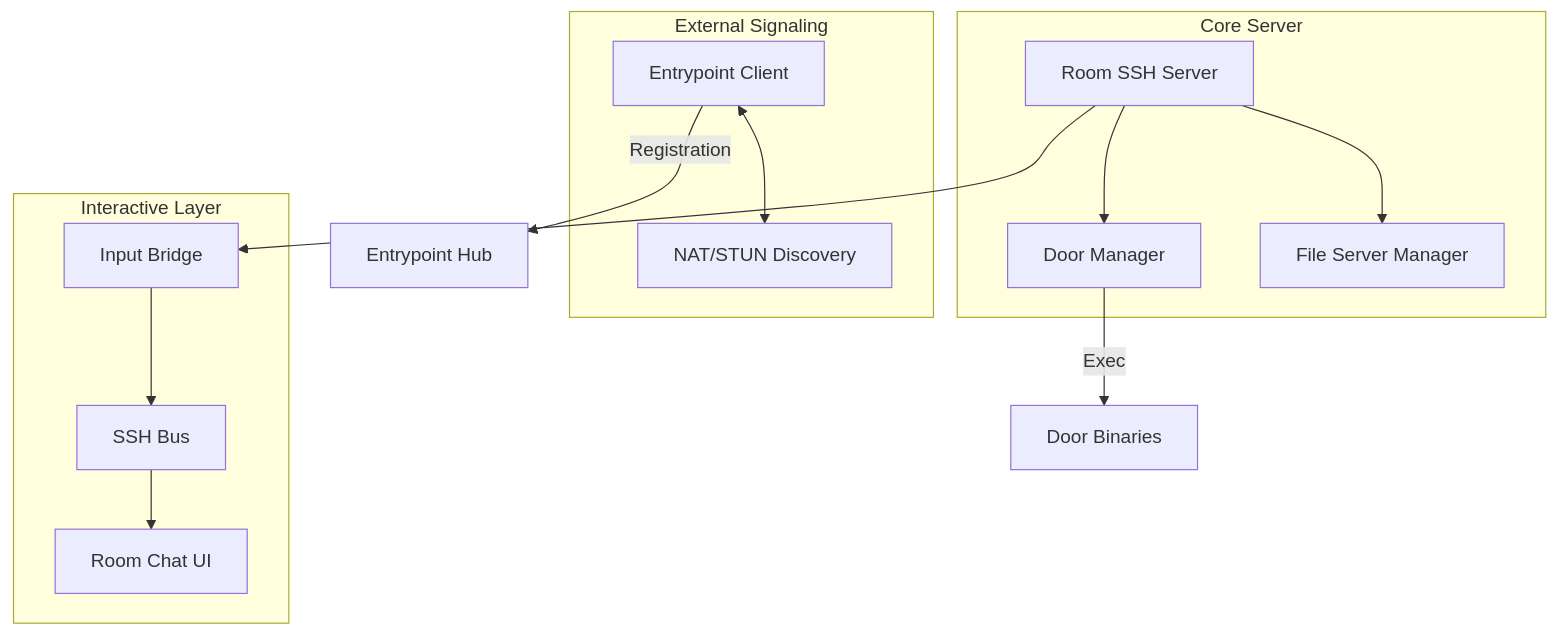
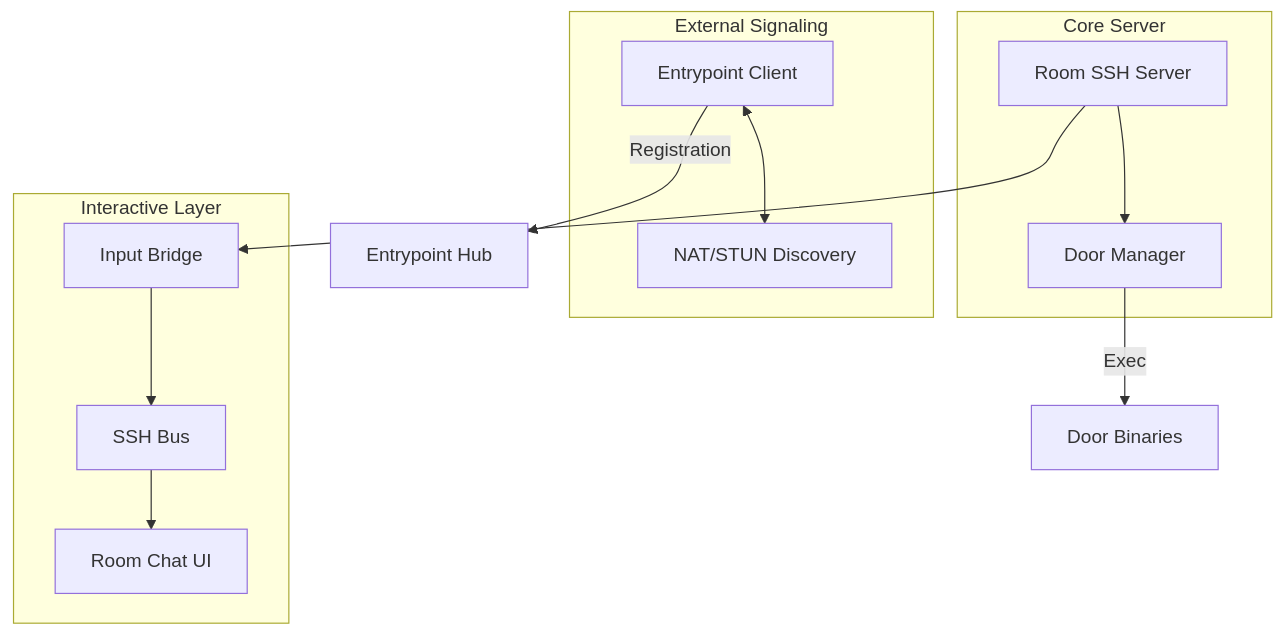
The diagram in docs/architecture/room.md (mevdschee/underground-node-network), drawn with Mermaid before and after one commit. The commit also changed other lines of this file and 31 other files, not shown here.

````diff
--- a/docs/architecture/room.md
+++ b/docs/architecture/room.md
@@ -7,28 +7,26 @@
 ```mermaid
 graph TD
     subgraph "External Signaling"
         EPClient[Entrypoint Client]
         NAT[NAT/STUN Discovery]
     end
 
     subgraph "Core Server"
         Srv[Room SSH Server]
         Doors[Door Manager]
-        FileSrv[File Server Manager]
     end
 
     subgraph "Interactive Layer"
         Bridge[Input Bridge]
         Bus[SSH Bus]
         TUI[Room Chat UI]
     end
 
     EPClient <--> NAT
     EPClient -- "Registration" --> ExternalEP[Entrypoint Hub]
     Srv --> Doors
-    Srv --> FileSrv
     Srv --> Bridge
     Bridge --> Bus
     Bus --> TUI
     Doors -- "Exec" --> Binaries[Door Binaries]
 ```
````
